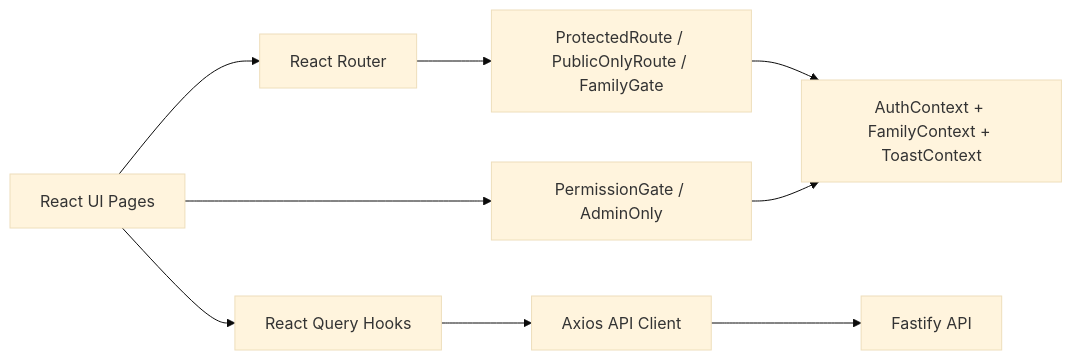
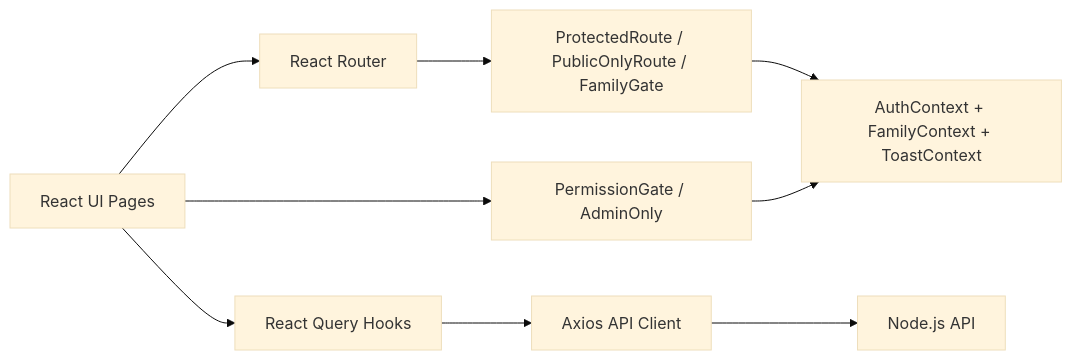
The fifth of 6 diagrams in README.md (nldq092203/FamMeal), drawn with Mermaid (base theme) before and after one commit. The commit also changed other lines of this file and 1 other file, not shown here.

````diff
--- a/README.md
+++ b/README.md
@@ -236,12 +236,12 @@
 ```mermaid
 flowchart LR
     UI[React UI Pages] --> Router[React Router]
     Router --> Guards[ProtectedRoute / PublicOnlyRoute / FamilyGate]
     Guards --> Ctx[AuthContext + FamilyContext + ToastContext]
     UI --> Query[React Query Hooks]
     Query --> API[Axios API Client]
-    API --> Backend[Fastify API]
+    API --> Backend[Node.js API]
 
     UI --> RBAC[PermissionGate / AdminOnly]
     RBAC --> Ctx
 ```
````
